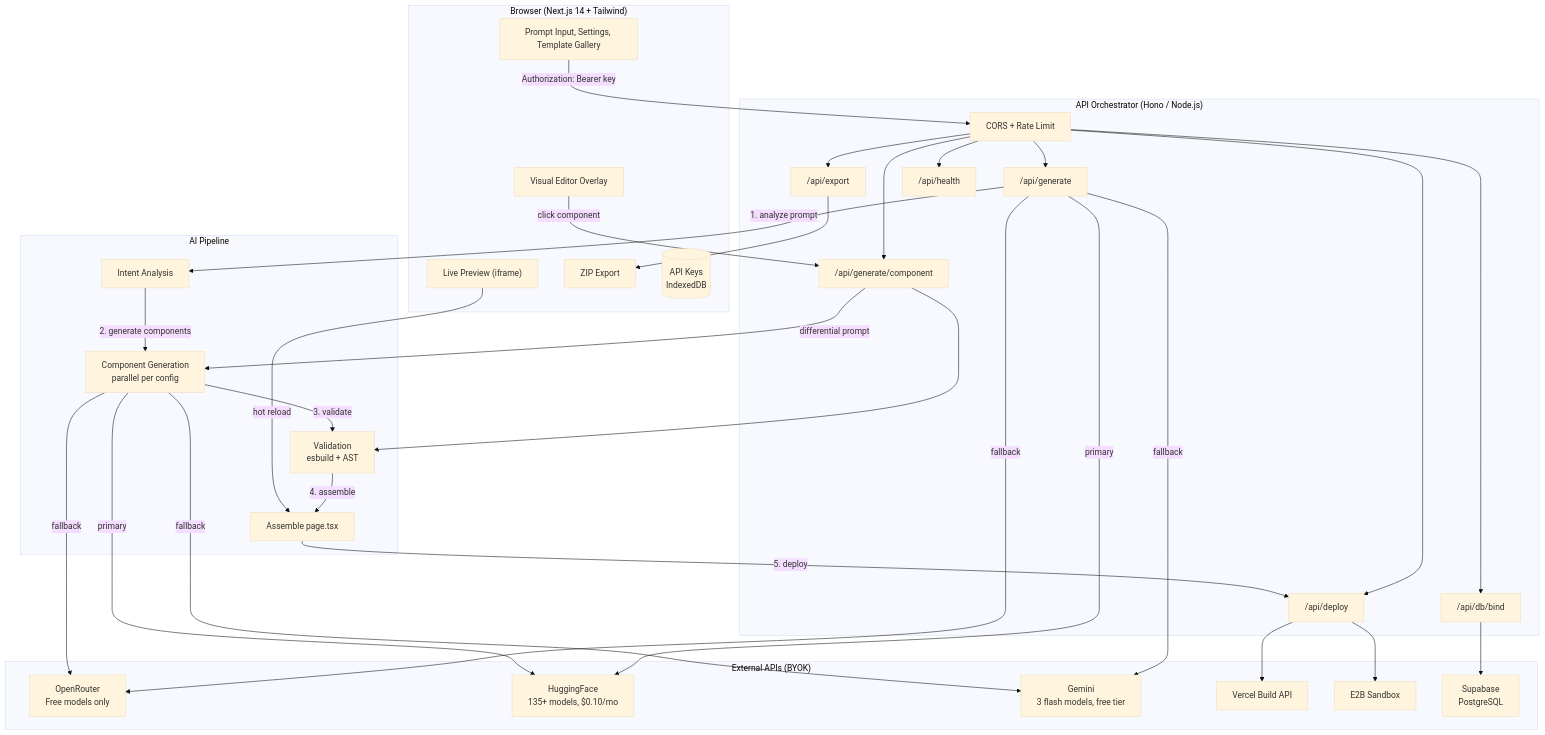
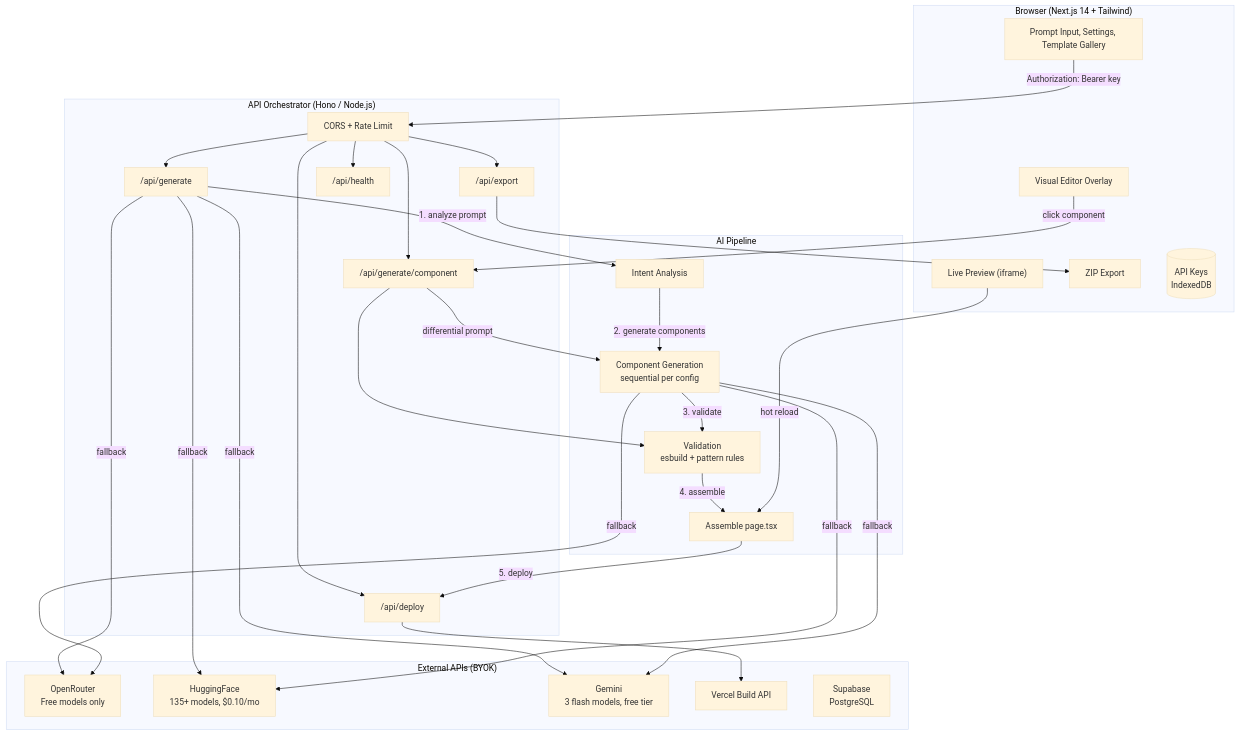
One commit to ezpectus/forgeai changed the diagram in README.md. Above: the diagram before and after it, drawn with Mermaid (base theme). The commit also changed other lines of this file and 120 other files, not shown here.

````diff
--- a/README.md
+++ b/README.md
@@ -131,67 +131,62 @@
 ```mermaid
 flowchart TB
     subgraph Browser["Browser (Next.js 14 + Tailwind)"]
         UI["Prompt Input, Settings, Template Gallery"]
         Preview["Live Preview (iframe)"]
         Editor["Visual Editor Overlay"]
         Export["ZIP Export"]
         Keys[("API Keys<br/>IndexedDB")]
     end
 
     subgraph Orchestrator["API Orchestrator (Hono / Node.js)"]
         CORS["CORS + Rate Limit"]
         GenAPI["/api/generate"]
         CompAPI["/api/generate/component"]
         DeployAPI["/api/deploy"]
         ExportAPI["/api/export"]
-        DbAPI["/api/db/bind"]
         HealthAPI["/api/health"]
     end
 
     subgraph AIPipeline["AI Pipeline"]
         Intent["Intent Analysis"]
-        ComponentGen["Component Generation<br/>parallel per config"]
-        Validate["Validation<br/>esbuild + AST"]
+        ComponentGen["Component Generation<br/>sequential per config"]
+        Validate["Validation<br/>esbuild + pattern rules"]
         Assemble["Assemble page.tsx"]
     end
 
     subgraph Providers["External APIs (BYOK)"]
         OpenRouter["OpenRouter<br/>Free models only"]
         HuggingFace["HuggingFace<br/>135+ models, $0.10/mo"]
         Gemini["Gemini<br/>3 flash models, free tier"]
         Vercel["Vercel Build API"]
-        E2B["E2B Sandbox"]
         Supabase["Supabase<br/>PostgreSQL"]
     end
 
     UI -->|Authorization: Bearer key| CORS
     CORS --> GenAPI
     CORS --> CompAPI
     CORS --> DeployAPI
     CORS --> ExportAPI
-    CORS --> DbAPI
     CORS --> HealthAPI
 
     GenAPI -->|1. analyze prompt| Intent
     Intent -->|2. generate components| ComponentGen
     ComponentGen -->|3. validate| Validate
     Validate -->|4. assemble| Assemble
     Assemble -->|5. deploy| DeployAPI
     DeployAPI --> Vercel
-    DeployAPI --> E2B
-    ExportAPI --> Export
-    DbAPI --> Supabase
+        ExportAPI --> Export
 
     GenAPI -->|fallback| OpenRouter
     GenAPI -->|fallback| Gemini
-    GenAPI -->|primary| HuggingFace
+    GenAPI -->|fallback| HuggingFace
     ComponentGen -->|fallback| OpenRouter
     ComponentGen -->|fallback| Gemini
-    ComponentGen -->|primary| HuggingFace
+    ComponentGen -->|fallback| HuggingFace
 
     CompAPI -->|differential prompt| ComponentGen
     CompAPI --> Validate
 
     Preview -->|hot reload| Assemble
     Editor -->|click component| CompAPI
 ```
````
